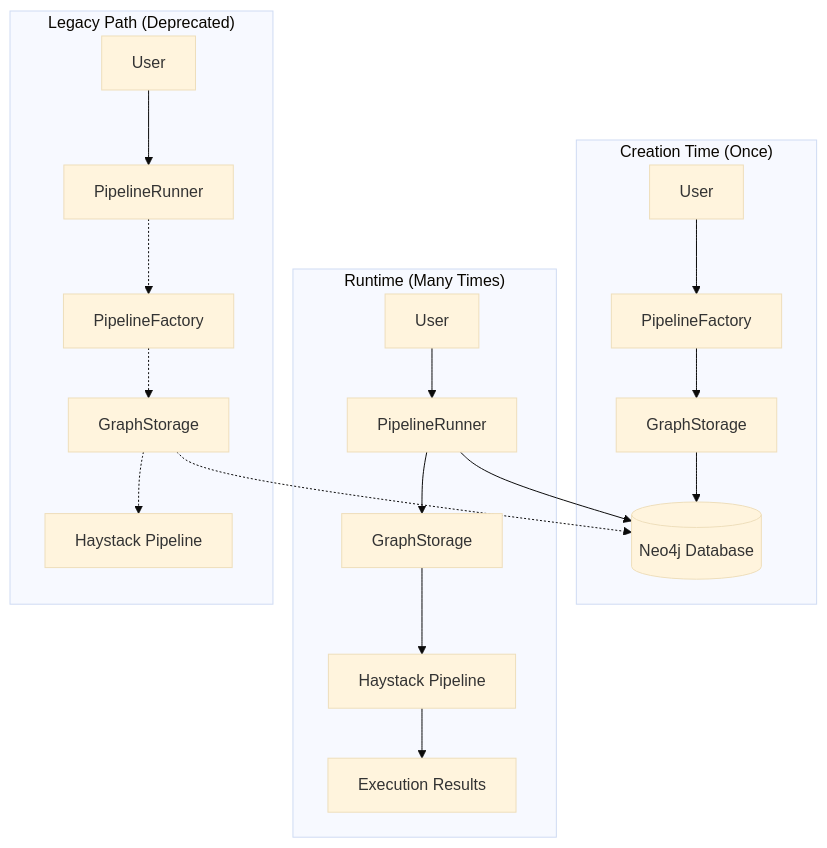
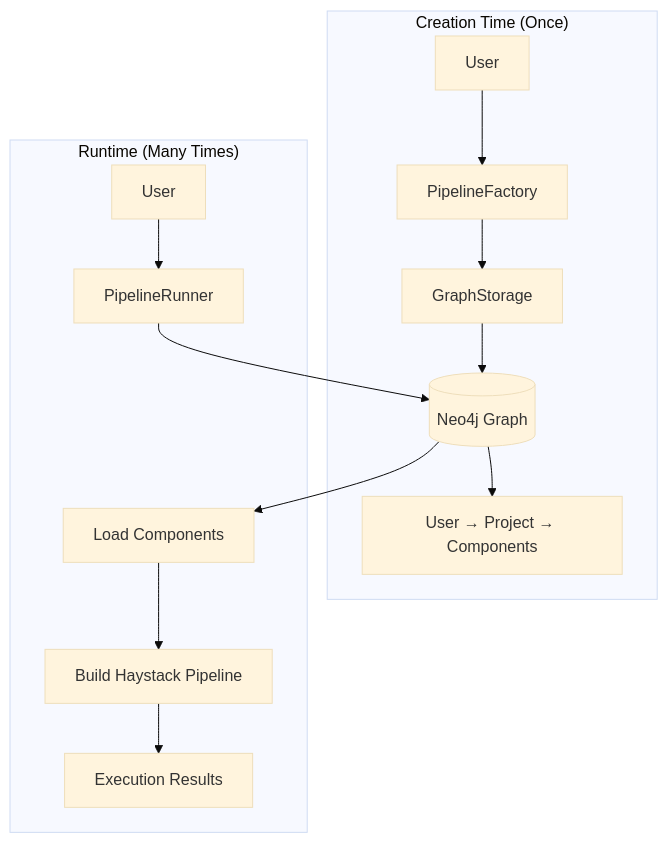
Before and after one commit to arkhai-io/agentic-rag-green: the first of 3 diagrams in agentic_rag/pipeline/README.md, drawn with Mermaid (base theme). The commit also changed other lines of this file and 2 other files, not shown here.

Commit message:
- Update READMEs with project hierarchy documentation

````diff
--- a/agentic_rag/pipeline/README.md
+++ b/agentic_rag/pipeline/README.md
@@ -7,24 +7,17 @@
 ```mermaid
 graph TB
     subgraph "Creation Time (Once)"
         User1[User] --> Factory[PipelineFactory]
         Factory --> Storage[GraphStorage]
-        Storage --> Neo4j[(Neo4j Database)]
+        Storage --> Neo4j[(Neo4j Graph)]
+        Neo4j --> Nodes["User → Project → Components"]
     end
 
     subgraph "Runtime (Many Times)"
         User2[User] --> Runner[PipelineRunner]
         Runner --> Neo4j
-        Runner --> Storage2[GraphStorage]
-        Storage2 --> Haystack[Haystack Pipeline]
+        Neo4j --> Components[Load Components]
+        Components --> Haystack[Build Haystack Pipeline]
         Haystack --> Results[Execution Results]
     end
-
-    subgraph "Legacy Path (Deprecated)"
-        User3[User] --> Runner2[PipelineRunner]
-        Runner2 -.-> Factory2[PipelineFactory]
-        Factory2 -.-> Storage3[GraphStorage]
-        Storage3 -.-> Neo4j
-        Storage3 -.-> Haystack2[Haystack Pipeline]
-    end
 ```
````
